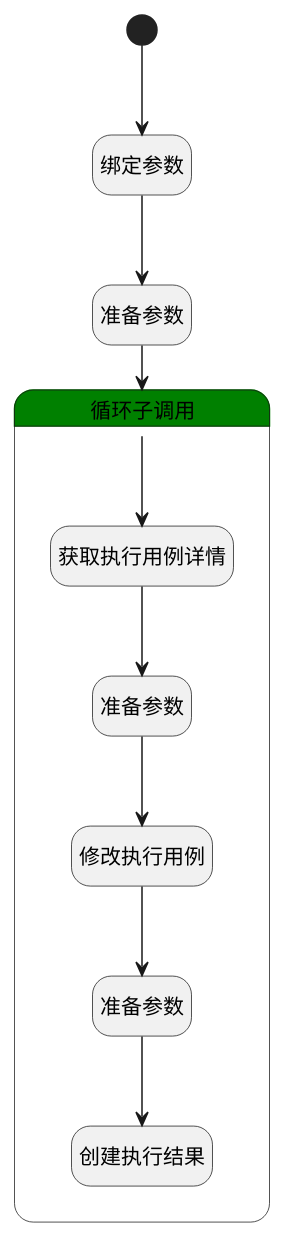
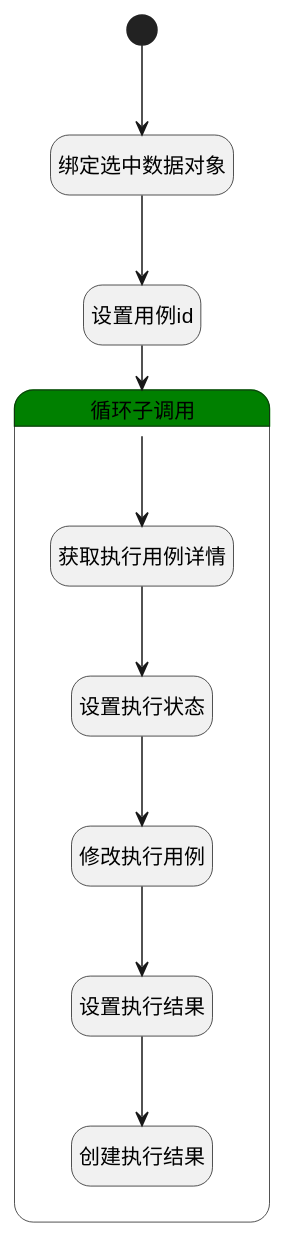
The diagram in doc/docsify/module/TestMgmt/run/logic/batch_save_run_history.md (iBizLab/plm), drawn with PlantUML before and after one commit. The commit also changed other lines of this file and 1778 other files, not shown here.

````diff
--- a/doc/docsify/module/TestMgmt/run/logic/batch_save_run_history.md
+++ b/doc/docsify/module/TestMgmt/run/logic/batch_save_run_history.md
@@ -7,34 +7,34 @@
 ```plantuml
 @startuml
 hide empty description
 <style>
 root {
   HyperlinkColor #42b983
 }
 </style>
 
 hide empty description
 state "开始" as Begin <<start>> [[$./batch_save_run_history#begin {"开始"}]]
-state "绑定参数" as BINDPARAM1  [[$./batch_save_run_history#bindparam1 {"绑定参数"}]]
-state "准备参数" as PREPAREPARAM3  [[$./batch_save_run_history#prepareparam3 {"准备参数"}]]
+state "绑定选中数据对象" as BINDPARAM1  [[$./batch_save_run_history#bindparam1 {"绑定选中数据对象"}]]
+state "设置用例id" as PREPAREPARAM3  [[$./batch_save_run_history#prepareparam3 {"设置用例id"}]]
 state "循环子调用" as LOOPSUBCALL1  [[$./batch_save_run_history#loopsubcall1 {"循环子调用"}]] #green {
 state "获取执行用例详情" as DEACTION1  [[$./batch_save_run_history#deaction1 {"获取执行用例详情"}]]
-state "准备参数" as PREPAREPARAM1  [[$./batch_save_run_history#prepareparam1 {"准备参数"}]]
+state "设置执行状态" as PREPAREPARAM1  [[$./batch_save_run_history#prepareparam1 {"设置执行状态"}]]
 state "修改执行用例" as DEACTION2  [[$./batch_save_run_history#deaction2 {"修改执行用例"}]]
-state "准备参数" as PREPAREPARAM2  [[$./batch_save_run_history#prepareparam2 {"准备参数"}]]
+state "设置执行结果" as PREPAREPARAM2  [[$./batch_save_run_history#prepareparam2 {"设置执行结果"}]]
 state "创建执行结果" as DEACTION3  [[$./batch_save_run_history#deaction3 {"创建执行结果"}]]
 }
 
 
 Begin --> BINDPARAM1
 BINDPARAM1 --> PREPAREPARAM3
 PREPAREPARAM3 --> LOOPSUBCALL1
 LOOPSUBCALL1 --> DEACTION1
 DEACTION1 --> PREPAREPARAM1
 PREPAREPARAM1 --> DEACTION2
 DEACTION2 --> PREPAREPARAM2
 PREPAREPARAM2 --> DEACTION3
 
 
 @enduml
 ```
````
